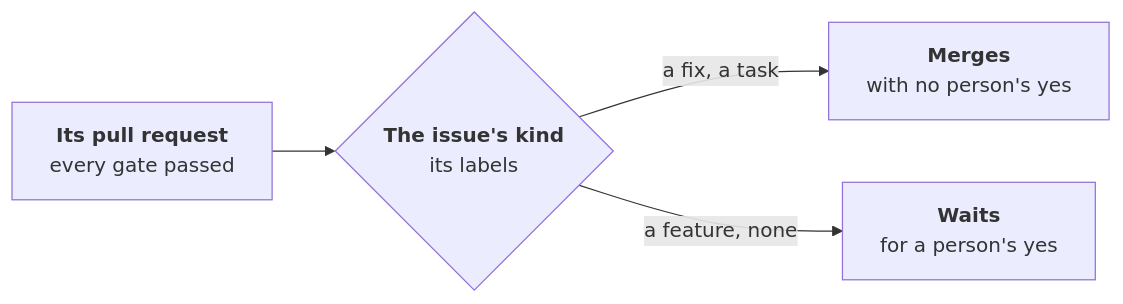
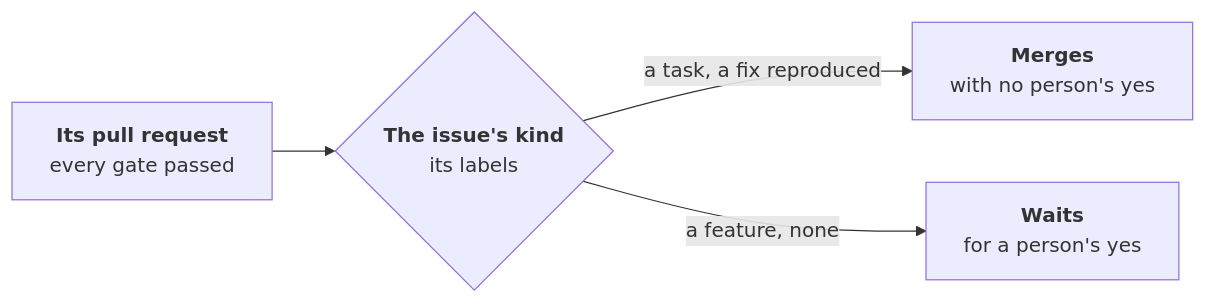
One commit to JN0V/workline changed the diagram in roles/developer/docs/merge.md. Above: the diagram before and after it, drawn with Mermaid. The commit also changed other lines of this file and 6 other files, not shown here.

````diff
--- a/roles/developer/docs/merge.md
+++ b/roles/developer/docs/merge.md
@@ -11,10 +11,10 @@
 ```mermaid
 flowchart LR
   pr["<b>Its pull request</b><br/>every gate passed"]
   kind{"<b>The issue's kind</b><br/>its labels"}
   alone["<b>Merges</b><br/>with no person's yes"]
   person["<b>Waits</b><br/>for a person's yes"]
   pr --> kind
-  kind -- "a fix, a task" --> alone
+  kind -- "a task, a fix reproduced" --> alone
   kind -- "a feature, none" --> person
 ```
````
